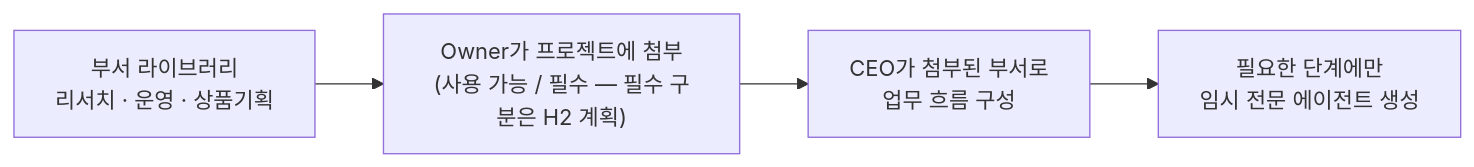
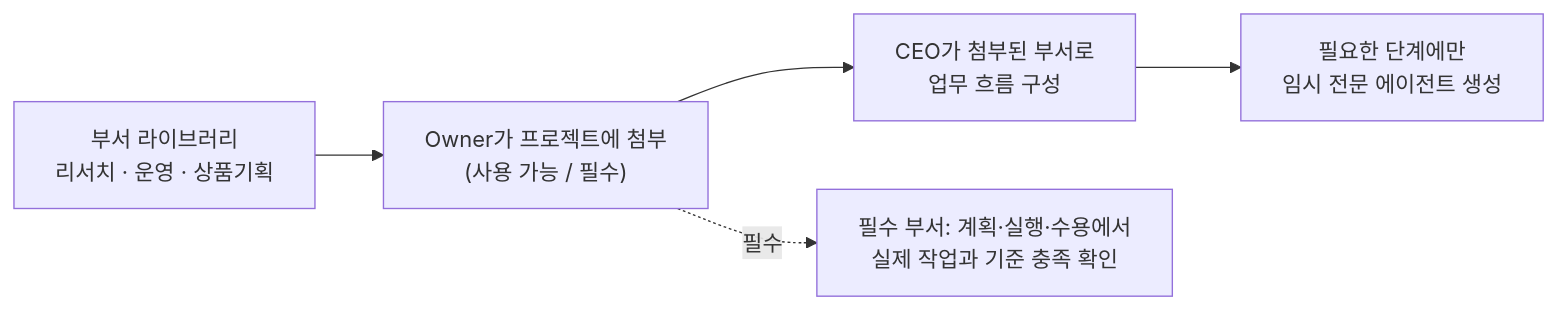
One commit to rhkralsrb0820/ax-branch changed the second of 3 diagrams in README.md. Above: the diagram before and after it, drawn with Mermaid. The commit also changed other lines of this file and 3 other files, not shown here.

````diff
--- a/README.md
+++ b/README.md
@@ -57,6 +57,7 @@
 ```mermaid
 flowchart LR
-    L["부서 라이브러리<br/>리서치 · 운영 · 상품기획"] --> A["Owner가 프로젝트에 첨부<br/>(사용 가능 / 필수 — 필수 구분은 H2 계획)"]
+    L["부서 라이브러리<br/>리서치 · 운영 · 상품기획"] --> A["Owner가 프로젝트에 첨부<br/>(사용 가능 / 필수)"]
     A --> C["CEO가 첨부된 부서로<br/>업무 흐름 구성"]
     C --> S["필요한 단계에만<br/>임시 전문 에이전트 생성"]
+    A -. "필수" .-> R["필수 부서: 계획·실행·수용에서<br/>실제 작업과 기준 충족 확인"]
 ```
````
